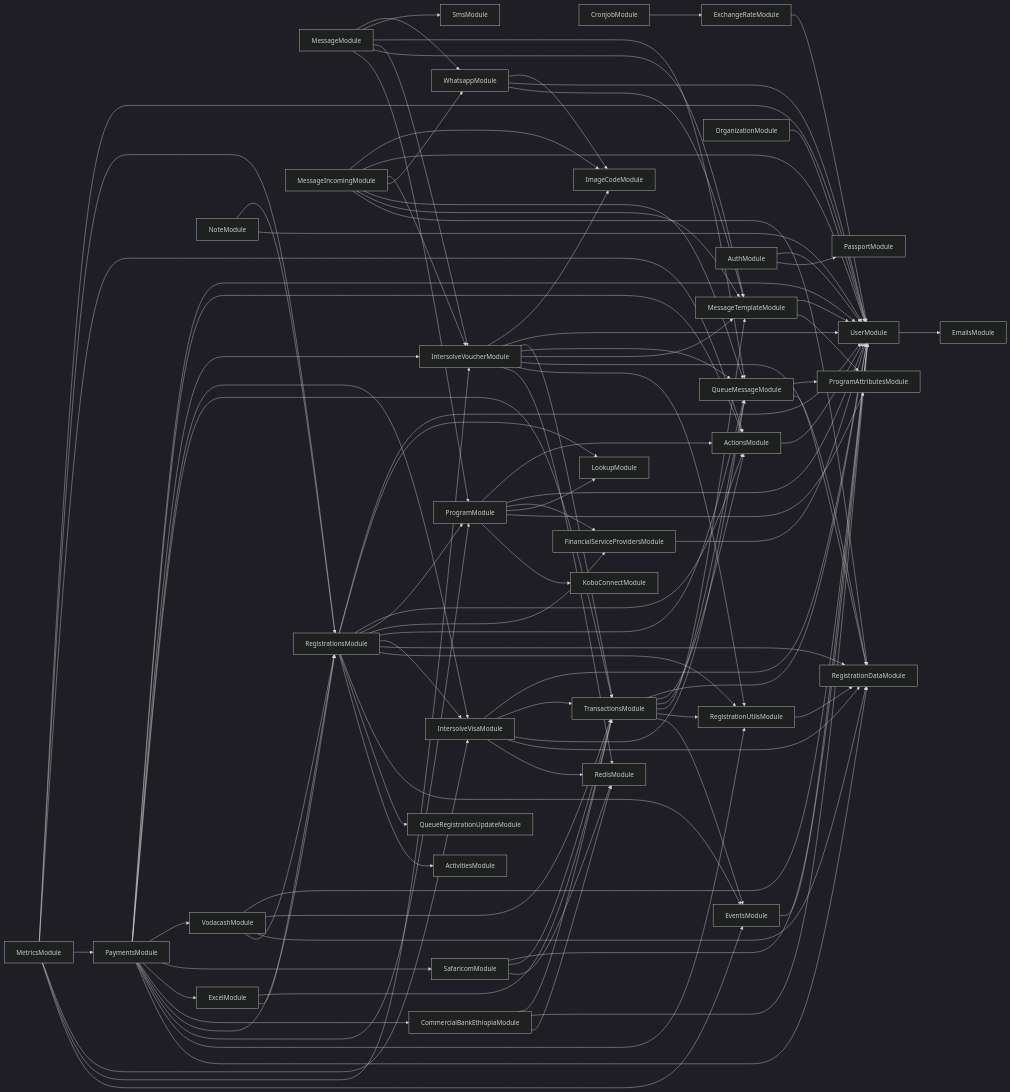
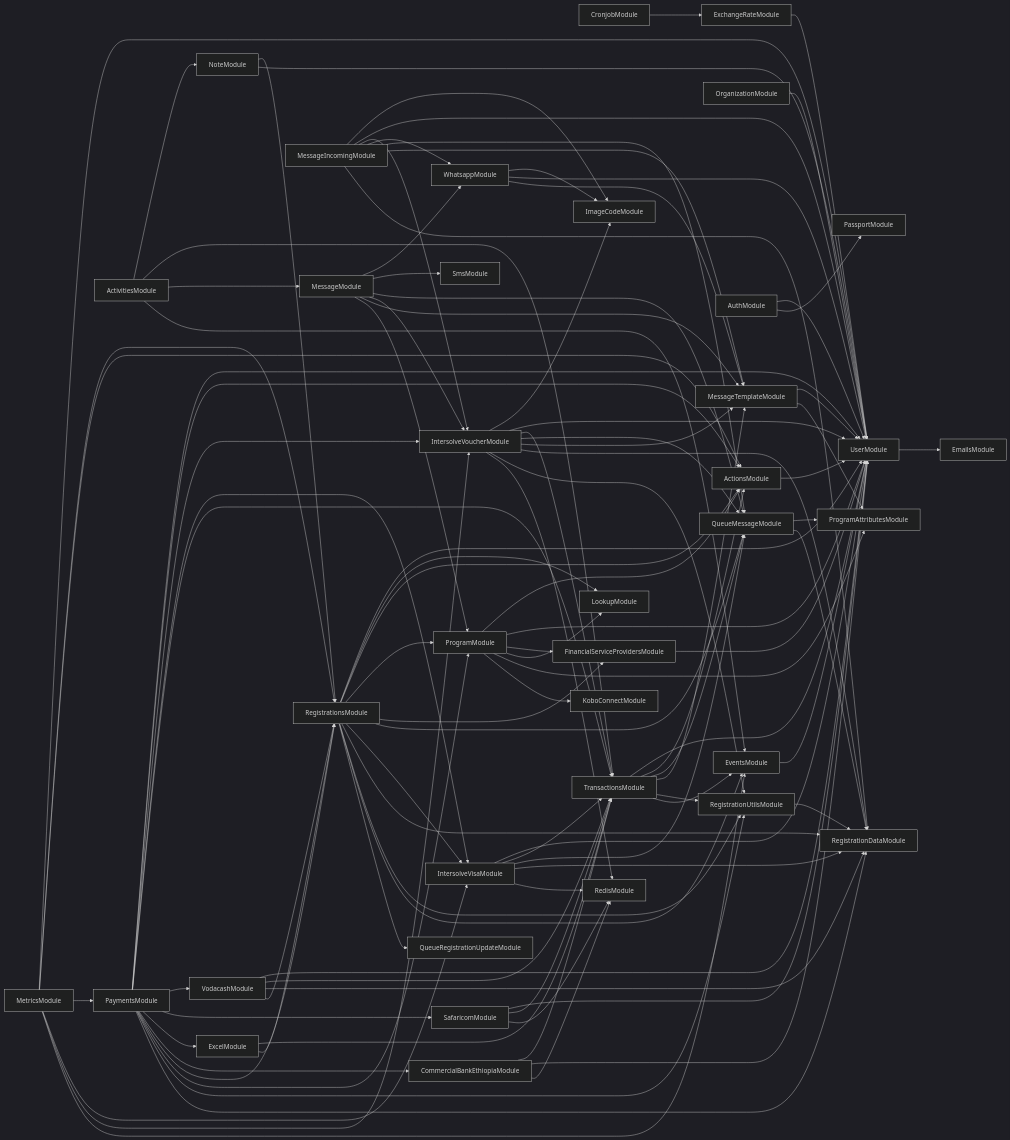
Before and after one commit to global-121/121-platform: the diagram in services/121-service/module-dependencies.md, drawn with Mermaid (dark theme). The commit also changed 22 other files, not shown here.

````diff
--- a/services/121-service/module-dependencies.md
+++ b/services/121-service/module-dependencies.md
@@ -61,7 +61,6 @@
   RegistrationsModule-->RegistrationUtilsModule
   RegistrationsModule-->EventsModule
   RegistrationsModule-->QueueRegistrationUpdateModule
-  RegistrationsModule-->ActivitiesModule
   MetricsModule-->ActionsModule
   MetricsModule-->PaymentsModule
   PaymentsModule-->UserModule
@@ -103,4 +102,8 @@
   NoteModule-->UserModule
   AuthModule-->UserModule
   AuthModule-->PassportModule
+  ActivitiesModule-->NoteModule
+  ActivitiesModule-->TransactionsModule
+  ActivitiesModule-->MessageModule
+  ActivitiesModule-->EventsModule
 ```
````
